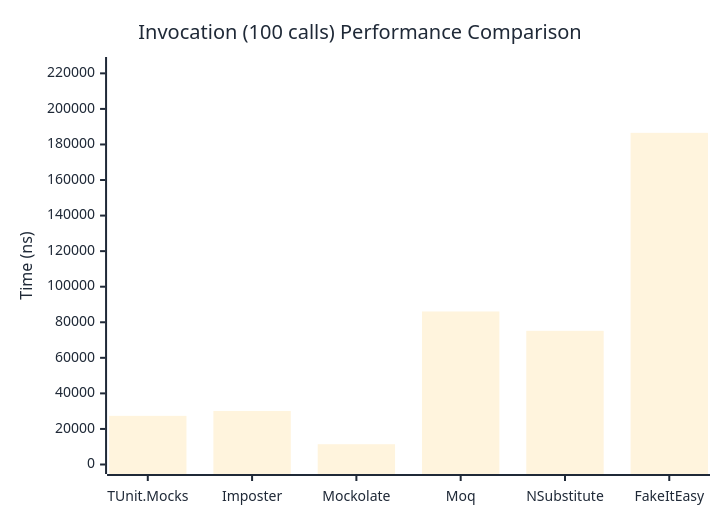
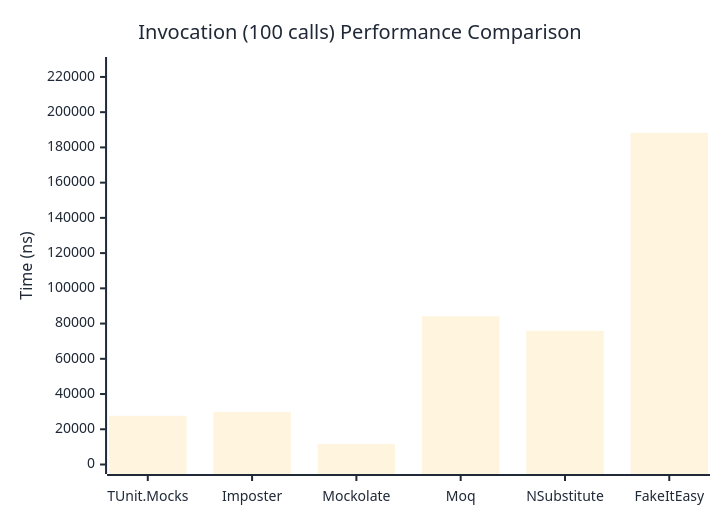
Before and after one commit to thomhurst/TUnit: the third of 3 diagrams in docs/docs/benchmarks/mocks/Invocation.md, drawn with Mermaid. The commit also changed other lines of this file and 14 other files, not shown here.

````diff
--- a/docs/docs/benchmarks/mocks/Invocation.md
+++ b/docs/docs/benchmarks/mocks/Invocation.md
@@ -112,27 +112,27 @@
 ```mermaid
 %%{init: {
   'theme':'base',
   'themeVariables': {
     'primaryColor': '#2563eb',
     'primaryTextColor': '#1f2937',
     'primaryBorderColor': '#1e40af',
     'lineColor': '#6b7280',
     'secondaryColor': '#7c3aed',
     'tertiaryColor': '#dc2626',
     'background': '#ffffff',
     'pie1': '#2563eb',
     'pie2': '#7c3aed',
     'pie3': '#dc2626',
     'pie4': '#f59e0b',
     'pie5': '#10b981',
     'pie6': '#06b6d4',
     'pie7': '#ec4899',
     'pie8': '#6366f1'
   }
 }}%%
 xychart-beta
   title "Invocation (100 calls) Performance Comparison"
   x-axis ["TUnit.Mocks", "Imposter", "Mockolate", "Moq", "NSubstitute", "FakeItEasy"]
-  y-axis "Time (ns)" 0 --> 223854
-  bar [27360, 30120.1, 11402.9, 86067.1, 75180.6, 186544.5]
+  y-axis "Time (ns)" 0 --> 225928
+  bar [27629.1, 29783.4, 11591.1, 84112.4, 75896, 188273.1]
 ```
````
